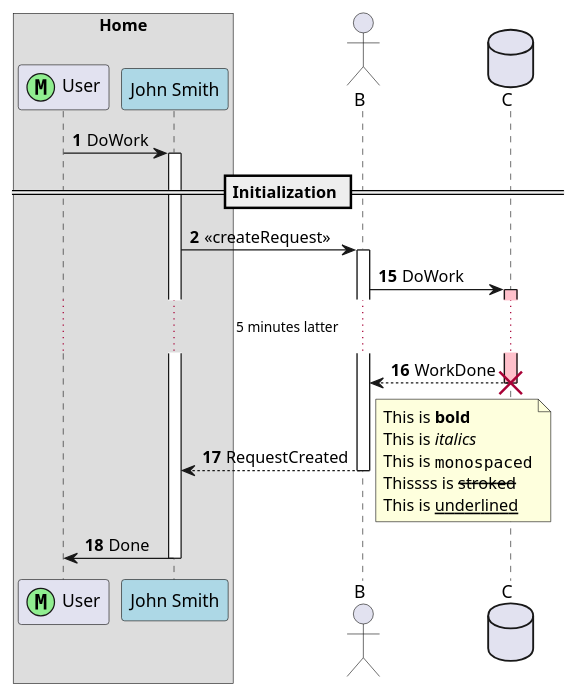
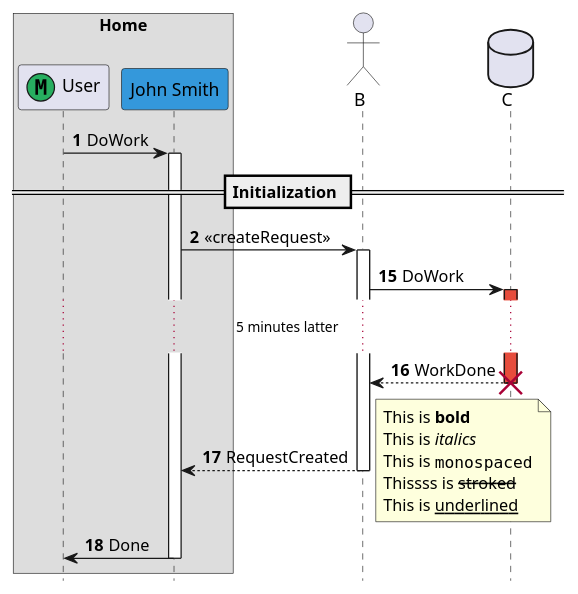
The diagram in example/example1.puml (marcelofpfelix/plantuml-diagrams), drawn with PlantUML before and after one commit.

```diff
--- a/example/example1.puml
+++ b/example/example1.puml
@@ -1,34 +1,35 @@
 @startuml
 
 autonumber
+hide footbox
 box "Home" 
-  participant User << (M,lightgreen) >> 
-  participant "John Smith" as A #lightblue
+  participant User << (M,#27AE60) >> 
+  participant "John Smith" as A #3498DB
 end box
 actor B
 database C
 
 User -> A: DoWork 
 activate A
 == Initialization ==
 
 A -> B: << createRequest >>
 activate B
 autonumber 15
 B -> C: DoWork
-activate C  #pink
+activate C  #E74C3C
 ...5 minutes latter...
 C --> B: WorkDone
 destroy C
 B --> A: RequestCreated
 deactivate B
 note right 
   This is **bold**
   This is //italics//
   This is ""monospaced""
   Thissss is --stroked--
   This is __underlined__
 end note
 A -> User: Done
 deactivate A
 @enduml
```
